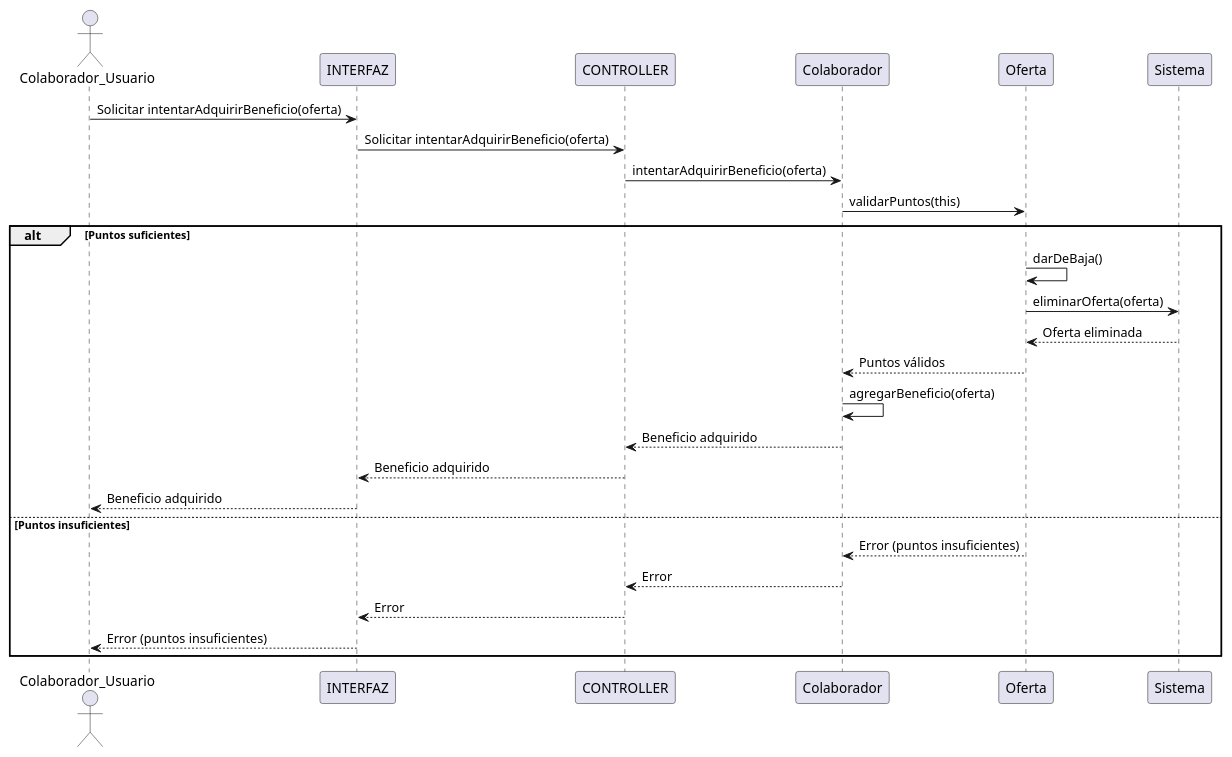
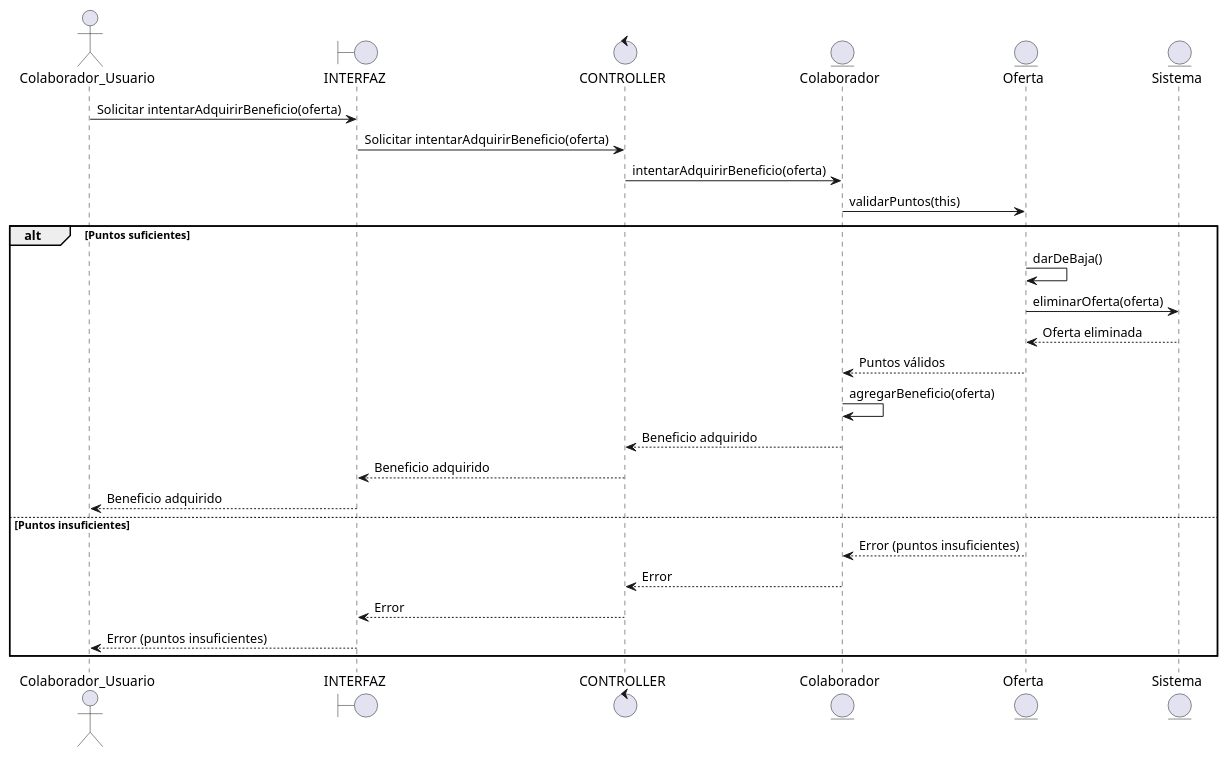
One commit to luciacosenza/DDS-grupo10 changed the diagram in proyecto_heladeras_solidarias/docs/plant_uml/diagramas_secuencia/adquirir_beneficio/adquirir_beneficio.plantuml. Above: the diagram before and after it, drawn with PlantUML. The commit also changed 16 other files, not shown here.

Commit message:
Agrego iconos correctos a diagramas de secuencia

```diff
--- a/proyecto_heladeras_solidarias/docs/plant_uml/diagramas_secuencia/adquirir_beneficio/adquirir_beneficio.plantuml
+++ b/proyecto_heladeras_solidarias/docs/plant_uml/diagramas_secuencia/adquirir_beneficio/adquirir_beneficio.plantuml
@@ -1,28 +1,28 @@
 @startuml adquirir_beneficio
 actor Colaborador_Usuario as User
-participant INTERFAZ
-participant CONTROLLER
-participant "Colaborador" as Colaborador
-participant "Oferta" as Oferta
-participant "Sistema" as Sistema
+boundary INTERFAZ
+control CONTROLLER
+entity "Colaborador" as Colaborador
+entity "Oferta" as Oferta
+entity "Sistema" as Sistema
 
 User -> INTERFAZ: Solicitar intentarAdquirirBeneficio(oferta)
 INTERFAZ -> CONTROLLER: Solicitar intentarAdquirirBeneficio(oferta)
 CONTROLLER -> Colaborador: intentarAdquirirBeneficio(oferta)
 Colaborador -> Oferta: validarPuntos(this)
 alt Puntos suficientes
     Oferta -> Oferta: darDeBaja()
     Oferta -> Sistema: eliminarOferta(oferta)
     Sistema --> Oferta: Oferta eliminada
     Oferta --> Colaborador: Puntos válidos
     Colaborador -> Colaborador: agregarBeneficio(oferta)
     Colaborador --> CONTROLLER: Beneficio adquirido
     CONTROLLER --> INTERFAZ: Beneficio adquirido
     INTERFAZ --> User: Beneficio adquirido
 else Puntos insuficientes
     Oferta --> Colaborador: Error (puntos insuficientes)
     Colaborador --> CONTROLLER: Error
     CONTROLLER --> INTERFAZ: Error
     INTERFAZ --> User: Error (puntos insuficientes)
 end
 @enduml
```
